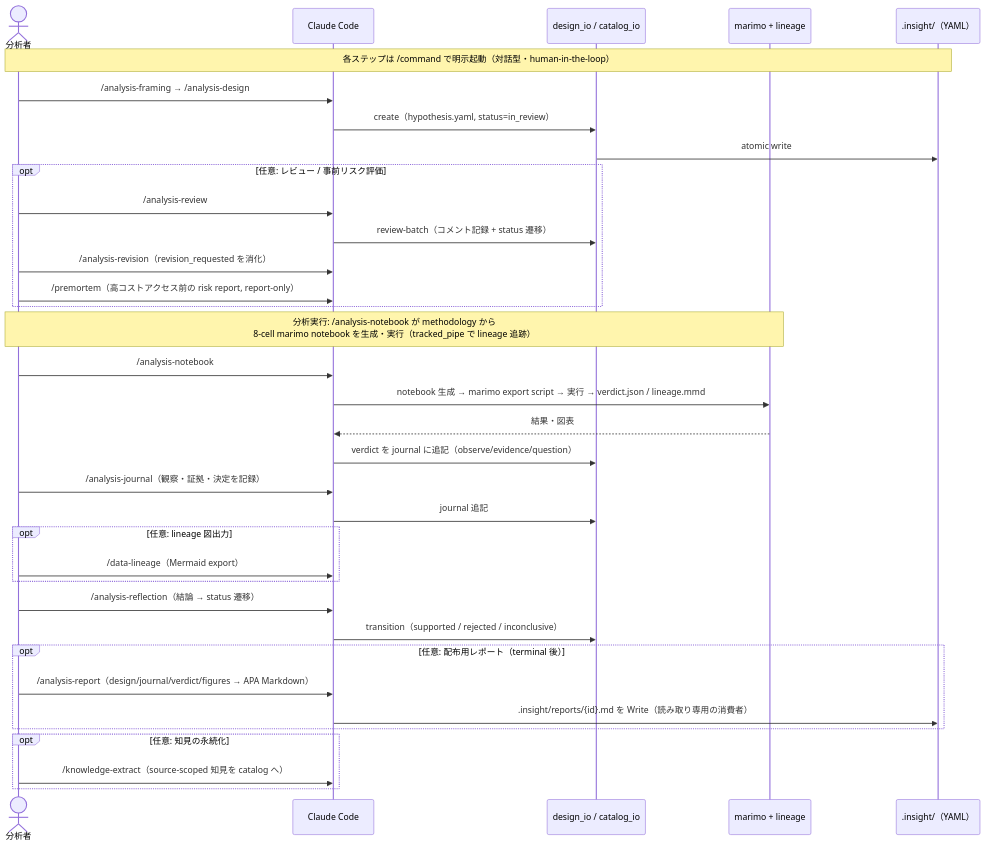
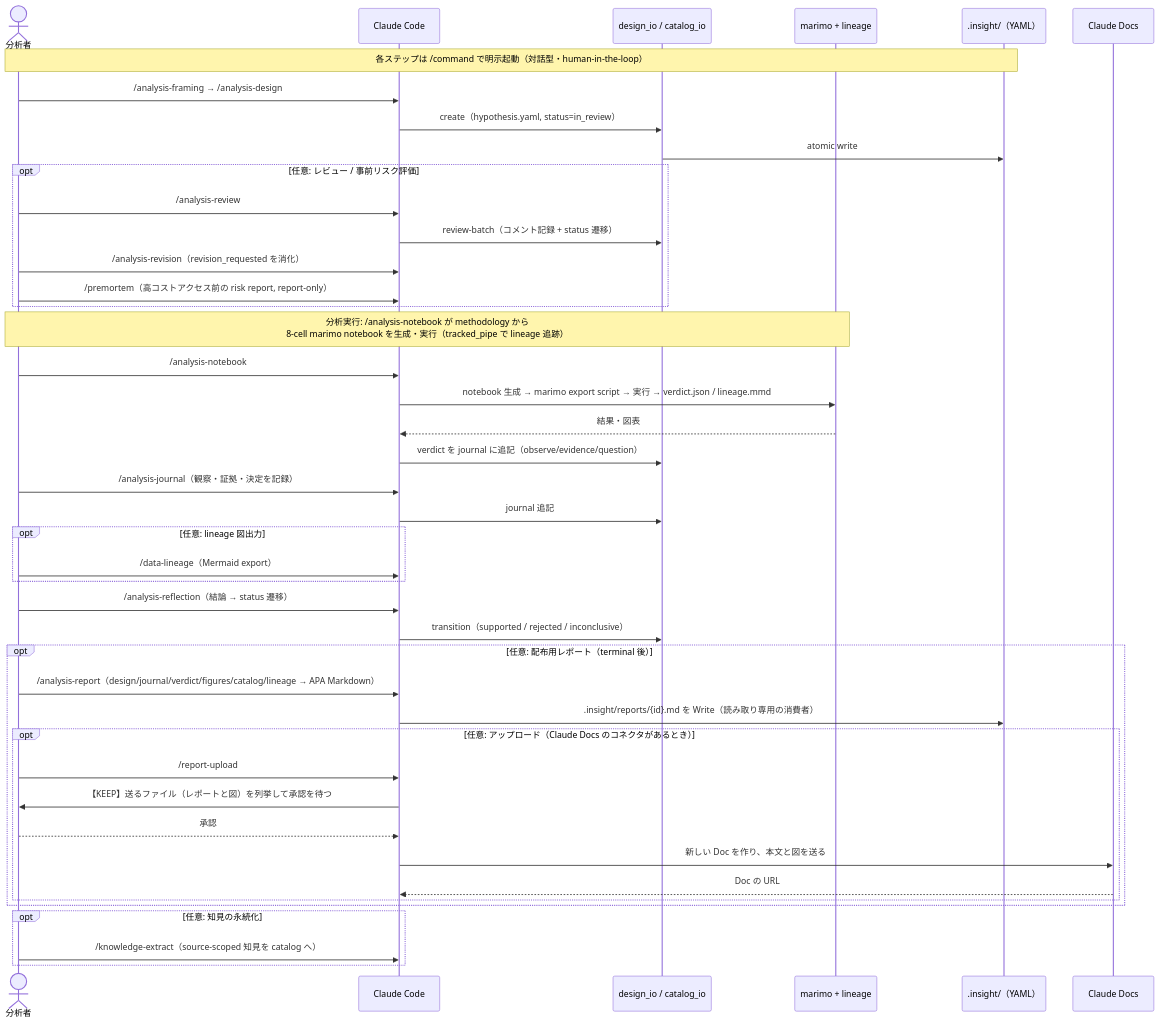
The fourth of 6 diagrams in docs/ARCHITECTURE.md (etoyama/insight-blueprint-skills), drawn with Mermaid before and after one commit. The commit also changed other lines of this file and 4 other files, not shown here.

First line of the commit message:
docs(#66): README・PRD・用語・ARCHITECTURE にレポートとアップロードを載せる

````diff
--- a/docs/ARCHITECTURE.md
+++ b/docs/ARCHITECTURE.md
@@ -237,41 +239,49 @@
 ```mermaid
 sequenceDiagram
     actor U as 分析者
     participant CC as Claude Code
     participant IO as design_io / catalog_io
     participant MO as marimo + lineage
     participant FS as .insight/（YAML）
+    participant DC as Claude Docs
 
     Note over U,FS: 各ステップは /command で明示起動（対話型・human-in-the-loop）
     U->>CC: /analysis-framing → /analysis-design
     CC->>IO: create（hypothesis.yaml, status=in_review）
     IO->>FS: atomic write
 
     opt 任意: レビュー / 事前リスク評価
         U->>CC: /analysis-review
         CC->>IO: review-batch（コメント記録 + status 遷移）
         U->>CC: /analysis-revision（revision_requested を消化）
         U->>CC: /premortem（高コストアクセス前の risk report, report-only）
     end
 
     Note over U,MO: 分析実行: /analysis-notebook が methodology から<br/>8-cell marimo notebook を生成・実行（tracked_pipe で lineage 追跡）
     U->>CC: /analysis-notebook
     CC->>MO: notebook 生成 → marimo export script → 実行 → verdict.json / lineage.mmd
     MO-->>CC: 結果・図表
     CC->>IO: verdict を journal に追記（observe/evidence/question）
 
     U->>CC: /analysis-journal（観察・証拠・決定を記録）
     CC->>IO: journal 追記
     opt 任意: lineage 図出力
         U->>CC: /data-lineage（Mermaid export）
     end
     U->>CC: /analysis-reflection（結論 → status 遷移）
     CC->>IO: transition（supported / rejected / inconclusive）
     opt 任意: 配布用レポート（terminal 後）
-        U->>CC: /analysis-report（design/journal/verdict/figures → APA Markdown）
+        U->>CC: /analysis-report（design/journal/verdict/figures/catalog/lineage → APA Markdown）
         CC->>FS: .insight/reports/{id}.md を Write（読み取り専用の消費者）
+        opt 任意: アップロード（Claude Docs のコネクタがあるとき）
+            U->>CC: /report-upload
+            CC->>U: 【KEEP】送るファイル（レポートと図）を列挙して承認を待つ
+            U-->>CC: 承認
+            CC->>DC: 新しい Doc を作り、本文と図を送る
+            DC-->>CC: Doc の URL
+        end
     end
     opt 任意: 知見の永続化
         U->>CC: /knowledge-extract（source-scoped 知見を catalog へ）
     end
 ```
````
